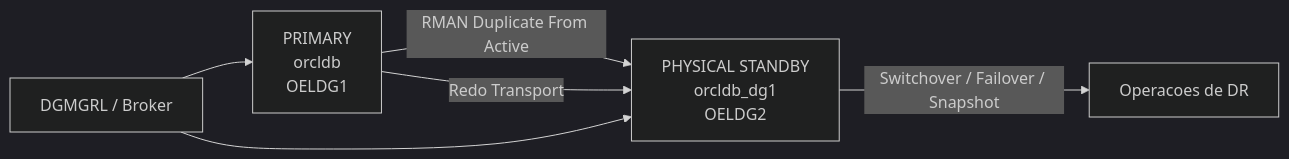
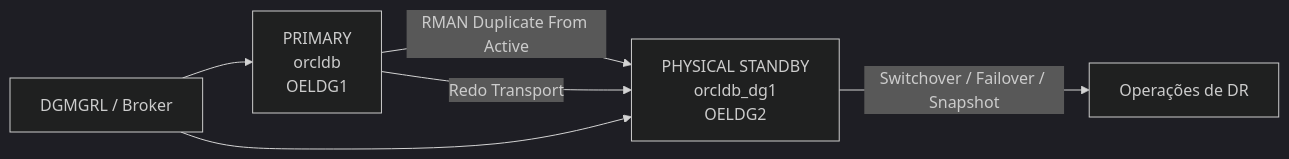
Before and after one commit to costacristiano-lang/Dataguard-Standby---Broker: the diagram in README.md, drawn with Mermaid (dark theme). The commit also changed other lines of this file, not shown here.

````diff
--- a/README.md
+++ b/README.md
@@ -103,8 +102,8 @@
 ```mermaid
 flowchart LR
     A["PRIMARY<br/>orcldb<br/>OELDG1"] -->|"RMAN Duplicate From Active"| B["PHYSICAL STANDBY<br/>orcldb_dg1<br/>OELDG2"]
     A -->|"Redo Transport"| B
     C["DGMGRL / Broker"] --> A
     C --> B
-    B -->|"Switchover / Failover / Snapshot"| D["Operacoes de DR"]
+    B -->|"Switchover / Failover / Snapshot"| D["Operações de DR"]
 ```
````
